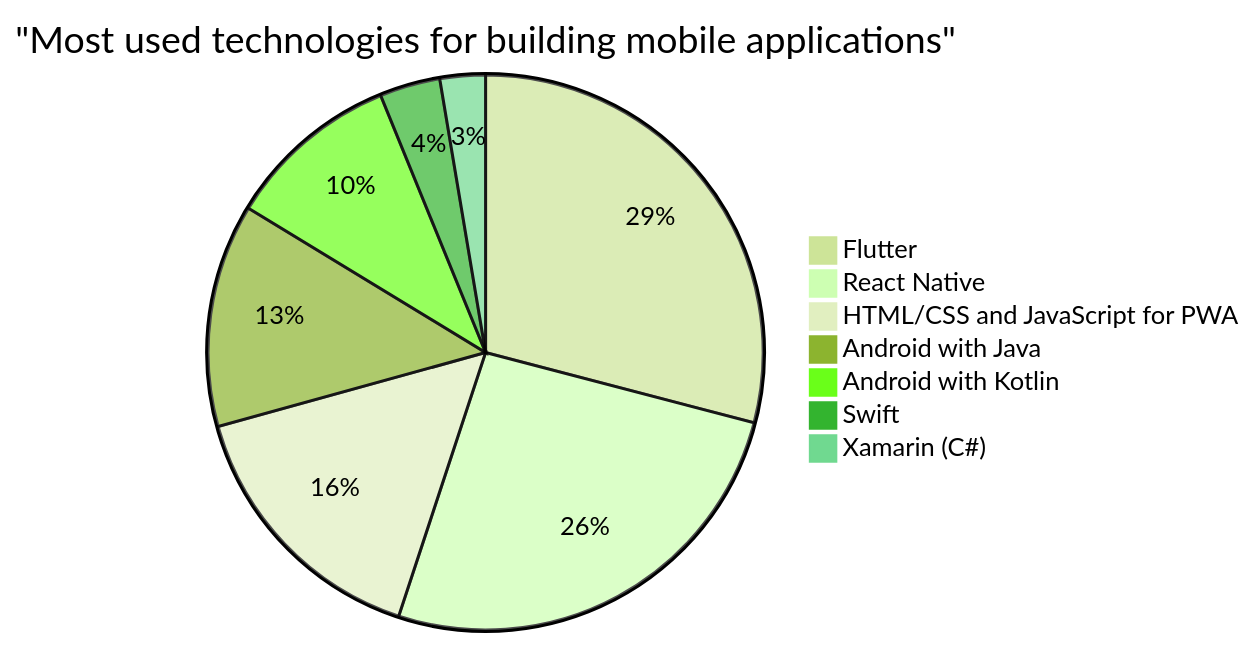
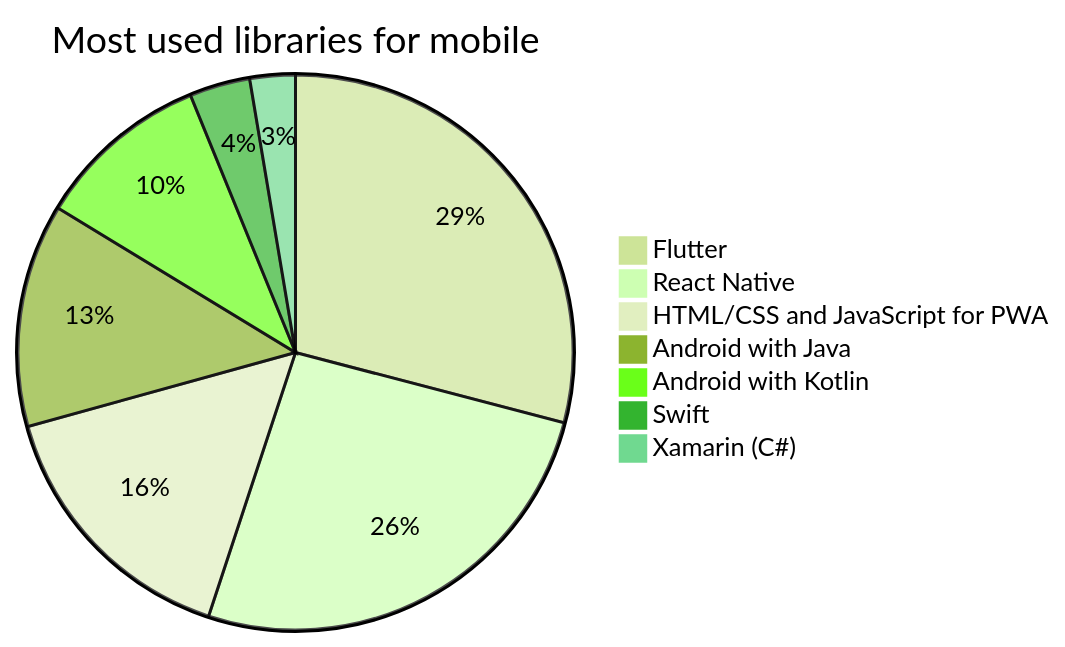
The seventh of 16 diagrams in website/docs/insights/technology-trends.md (Fcmam5/state-of-dz-swe-2024), drawn with Mermaid (forest theme) before and after one commit. The commit also changed other lines of this file and 5 other files, not shown here.

Commit message:
Fix charts; add new page

````diff
--- a/website/docs/insights/technology-trends.md
+++ b/website/docs/insights/technology-trends.md
@@ -122,11 +122,11 @@
 ```mermaid
 pie 
-    title "Most used technologies for building mobile applications"
+    title Most used libraries for mobile
     "Flutter" : 132
     "React Native" : 118
     "HTML/CSS and JavaScript for PWA" : 71
     "Android with Java" : 59
     "Android with Kotlin" : 46
     "Swift" : 16
     "Xamarin (C#)" : 12
 ```
````
